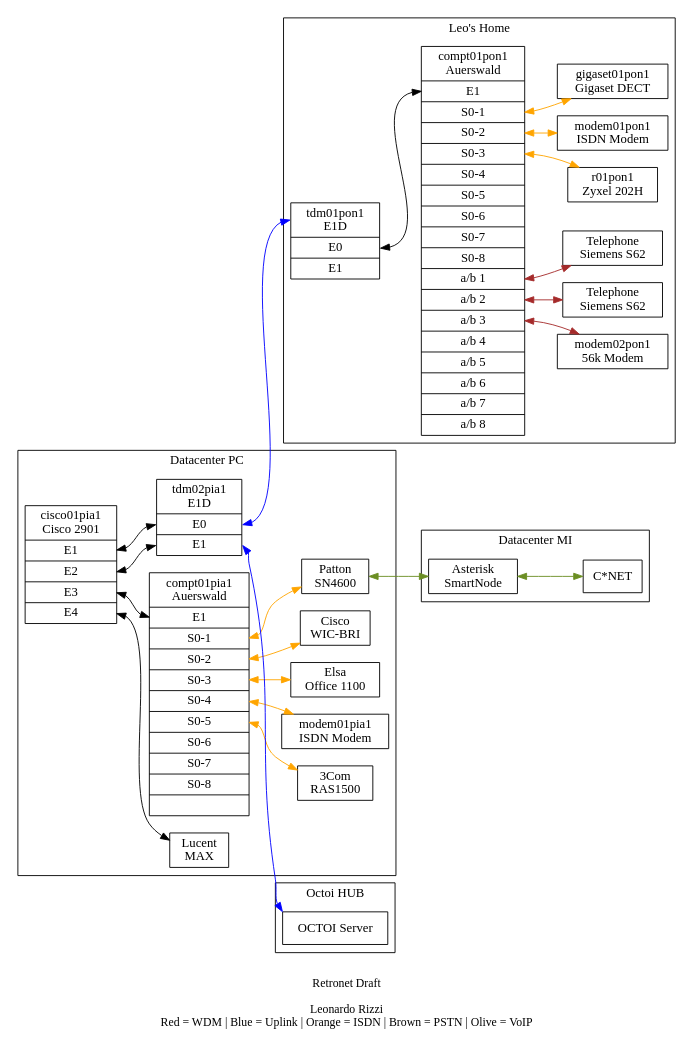
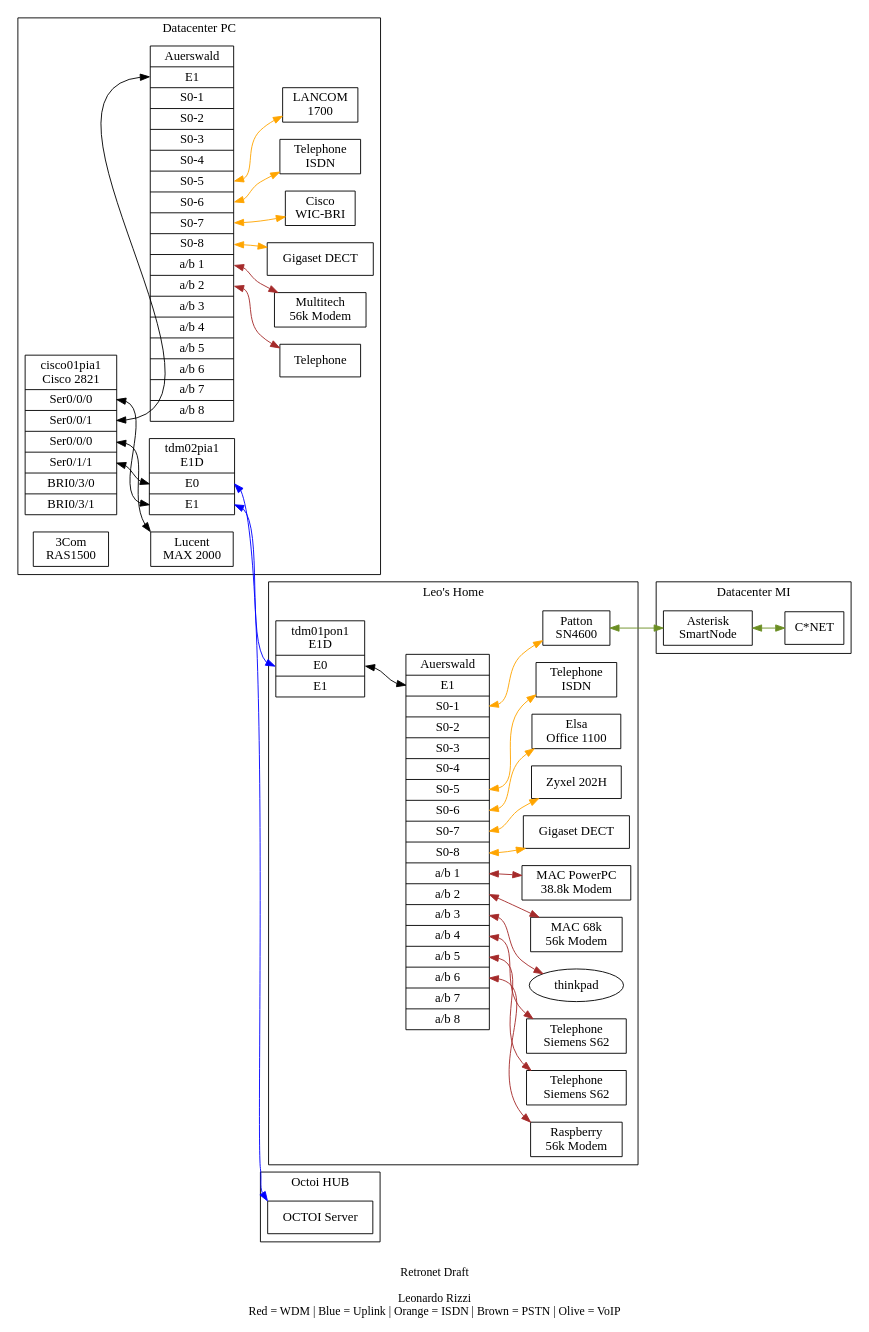
One commit to lrizzi/retronet changed the diagram in e1d.gv. Above: the diagram before and after it, drawn with Graphviz. The commit also changed 2 other files, not shown here.

```diff
--- a/e1d.gv
+++ b/e1d.gv
@@ -1,129 +1,149 @@
 graph TDM {
 //graph [nodesep=0.5, ranksep=0.5];
 //rankdir=RL;
 rankdir=LR;
 //clusterrank=none
 compound=true;
 edge [dir="both"]
 //concentrate=true
 
 subgraph cluster0 {
   label="Datacenter PC";
-  compt01pia1 [shape=record,label="<host>compt01pia1\nAuerswald|<e1>E1|<s01>S0-1|<s02>S0-2|<s03>S0-3|<s04>S0-4|<s05>S0-5|<s06>S0-6|<s07>S0-7|<s08>S0-8|"];
+  compt01pia1 [shape=record,label="<host>Auerswald|<e1>E1|<s01>S0-1|<s02>S0-2|<s03>S0-3|<s04>S0-4|<s05>S0-5|<s06>S0-6|<s07>S0-7|<s08>S0-8|<ab1>a/b 1|<ab2>a/b 2|<ab3>a/b 3|<ab4>a/b 4|<ab5>a/b 5|<ab6>a/b 6|<ab7>a/b 7|<ab8>a/b 8"];
   //tdm01pia1 [shape=record,label="<host>tdm01pia1\nPacketBand|<e1>E1"];
   tdm02pia1 [shape=record,label="<host>tdm02pia1\nE1D|<e0>E0|<e1>E1"];
 
-  cisco01pia1 [shape=record,label="<host>cisco01pia1\nCisco 2901|<e1>E1|<e2>E2|<e3>E3|<e4>E4"];
+  cisco01pia1 [shape=record,label="<host>cisco01pia1\nCisco 2821|<s000>Ser0/0/0|<s001>Ser0/0/1|<s010>Ser0/0/0|<s011>Ser0/1/1|<bri030>BRI0/3/0|<bri031>BRI0/3/1"];
 
   ras01pia1 [shape=record,label="<host>3Com\nRAS1500"]
-  ras02pia1 [shape=record,label="<host>Lucent\nMAX"]
+  max01pia1 [shape=record,label="<host>Lucent\nMAX 2000"]
 
   r01pia1 [shape=record,label="<host>Cisco\nWIC-BRI"]
-  r02pia1 [shape=record,label="<host>Elsa\nOffice 1100"]
-  modem01pia1 [shape=record,label="modem01pia1\nISDN Modem"];
-  patton01 [shape=record,label="<host>Patton\nSN4600"]
+  r02pia1 [shape=record,label="<host>LANCOM\n1700"]
+
+  modem01pia1 [shape=record,label="Multitech\n56k Modem"];
+
+  tel01pia1 [shape=record,label="Telephone"];
 
 
+  gigaset01pia1 [shape=record,label="Gigaset DECT"];
+
+  itel01pia1 [shape=record,label="Telephone\nISDN"];
 
   subgraph cluster_00 {
   label="External"
 //  Telnet [shape=record,label="<host>Telnet|<transit>Transit|<access>Access"];
 //  MinapF [shape=record,label="<host>Minap Telnet|<p01>Port 01|<p02> Port 02|<p03> Port 03"];
 }
 }
 
 subgraph cluster1 {
   label="Datacenter MI";
   //compt01mil1 [shape=record,label="<host>compt01mil1\nAuerswald|<e1>E1|<s01>S0-1|<s02>S0-2|<s03>S0-3|<s04>S0-4|<s05>S0-5|<s06>S0-6|<s07>S0-7|<s08>S0-8|"];
   //tdm01mil1 [shape=record,label="<host>tdm01mil1\nPacketBand|<e1>E1"];
   
   //r01mil1 [shape=record,label="<host>Cisco\nWIC-BRI"]
   //patton01mil1 [shape=record,label="<host>Patton\nSmartNode"]
   pbx02mil1 [shape=record,label="<host>Asterisk\nSmartNode"]
 
   cnet [shape=record,label="<host>C*NET"]
 
 
 
   // Service provider
   subgraph cluster_10 {
   label="External"
-//  Telnet [shape=record,label="<host>Telnet|<transit>Transit|<access>Access"];
-//  MinapF [shape=record,label="<host>Minap Telnet|<p01>Port 01|<p02> Port 02|<p03> Port 03"];
 }
 }
 
 subgraph cluster2 {
   label="Leo's Home";
-  compt01pon1 [shape=record,label="<host>compt01pon1\nAuerswald|<e1>E1|<s01>S0-1|<s02>S0-2|<s03>S0-3|<s04>S0-4|<s05>S0-5|<s06>S0-6|<s07>S0-7|<s08>S0-8|<ab1>a/b 1|<ab2>a/b 2|<ab3>a/b 3|<ab4>a/b 4|<ab5>a/b 5|<ab6>a/b 6|<ab7>a/b 7|<ab8>a/b 8"];
+  compt01pon1 [shape=record,label="<host>Auerswald|<e1>E1|<s01>S0-1|<s02>S0-2|<s03>S0-3|<s04>S0-4|<s05>S0-5|<s06>S0-6|<s07>S0-7|<s08>S0-8|<ab1>a/b 1|<ab2>a/b 2|<ab3>a/b 3|<ab4>a/b 4|<ab5>a/b 5|<ab6>a/b 6|<ab7>a/b 7|<ab8>a/b 8"];
   tdm01pon1 [shape=record,label="<host>tdm01pon1\nE1D|<e0>E0|<e1>E1"];
 
-  gigaset01pon1 [shape=record,label="gigaset01pon1\nGigaset DECT"];
-  modem01pon1 [shape=record,label="modem01pon1\nISDN Modem"];
-  r01pon1 [shape=record,label="r01pon1\nZyxel 202H"]
+  gigaset01pon1 [shape=record,label="Gigaset DECT"];
+  r02pon1 [shape=record,label="Zyxel 202H"]
+  r01pon1 [shape=record,label="Elsa\nOffice 1100"]
 
 
   tel01pon1 [shape=record,label="Telephone\nSiemens S62"];
   tel02pon1 [shape=record,label="Telephone\nSiemens S62"];
-  modem02pon1 [shape=record,label="modem02pon1\n56k Modem"];
 
+  itel01pon1 [shape=record,label="Telephone\nISDN"];
+  
+  modem01pon1 [shape=record,label="MAC PowerPC\n38.8k Modem"];
+  modem02pon1 [shape=record,label="MAC 68k\n56k Modem"];
+  modem03pon1 [shape=record,label="Raspberry\n56k Modem"];
+
+  patton01 [shape=record,label="<host>Patton\nSN4600"]
+
+  thinkpad
 
 
   // Service provider
   subgraph cluster_20 {
   label="External"
-//  Telnet [shape=record,label="<host>Telnet|<transit>Transit|<access>Access"];
-//  MinapF [shape=record,label="<host>Minap Telnet|<p01>Port 01|<p02> Port 02|<p03> Port 03"];
 }
 }
 
 subgraph cluster3 {
   label="Octoi HUB";
 
 
   octoihub [shape=record,label="OCTOI Server"];
 
 }
 
 
 //tdm01mil1:host -- tdm01pia1:host [color=blue]
-tdm02pia1:e0 -- tdm01pon1:host [color=blue]
-tdm02pia1:e1 -- octoihub:host [color=blue]
+tdm02pia1:e1 -- tdm01pon1:e0 [color=blue]
+tdm02pia1:e0 -- octoihub:host [color=blue]
 
 
 //PIA1
-cisco01pia1:e1 -- tdm02pia1:e0
-cisco01pia1:e2 -- tdm02pia1:e1
-cisco01pia1:e3 -- compt01pia1:e1
-cisco01pia1:e4 -- ras02pia1:e1
+cisco01pia1:s000 -- tdm02pia1:e1
+cisco01pia1:s001 -- compt01pia1:e1
+cisco01pia1:s010 -- max01pia1:e1
+cisco01pia1:s011 -- tdm02pia1:e0
 
-compt01pia1:s05 -- ras01pia1 [color=orange]
-compt01pia1:s02 -- r01pia1 [color=orange]
-compt01pia1:s03 -- r02pia1 [color=orange]
-compt01pia1:s04 -- modem01pia1 [color=orange]
 
-compt01pia1:s01 -- patton01 [color=orange]
+//compt01pia1:s01 -- patton01 [color=orange] temporary at PON1
 
+compt01pia1:s05 -- r02pia1 [color=orange]
+compt01pia1:s06 -- itel01pia1 [color=orange]
+compt01pia1:s07 -- r01pia1 [color=orange]
+compt01pia1:s08 -- gigaset01pia1 [color=orange]
+
+compt01pia1:ab1 -- modem01pia1 [color=brown]
+compt01pia1:ab2 -- tel01pia1 [color=brown]
 
 
 //MIL1
 //tdm01mil1:e1 -- compt01mil1:e1 
 //compt01mil1:s01 -- r01mil1 [color=orange]
 //compt01mil1:s02 -- patton01mil1 [color=orange]
 patton01 -- pbx02mil1 [color=olivedrab]
 pbx02mil1 -- cnet [color=olivedrab]
 
 //PON
 tdm01pon1:e0 -- compt01pon1:e1
-compt01pon1:s01 -- gigaset01pon1 [color=orange]
-compt01pon1:s02 -- modem01pon1 [color=orange]
-compt01pon1:s03 -- r01pon1 [color=orange]
-compt01pon1:ab1 -- tel01pon1 [color=brown]
-compt01pon1:ab2 -- tel02pon1 [color=brown]
-compt01pon1:ab3 -- modem02pon1 [color=brown]
+
+compt01pon1:s01 -- patton01 [color=orange]
+
+compt01pon1:s05 -- itel01pon1 [color=orange]
+compt01pon1:s06 -- r01pon1 [color=orange]
+compt01pon1:s07 -- r02pon1 [color=orange]
+compt01pon1:s08 -- gigaset01pon1 [color=orange]
+
+compt01pon1:ab1 -- modem01pon1 [color=brown]
+compt01pon1:ab2 -- modem02pon1 [color=brown]
+compt01pon1:ab3 -- thinkpad [color=brown]
+compt01pon1:ab4 -- tel01pon1 [color=brown]
+compt01pon1:ab5 -- tel02pon1 [color=brown]
+compt01pon1:ab6 -- modem03pon1 [color=brown]
 
 
 
 label = "\nRetronet Draft\n\nLeonardo Rizzi\nRed = WDM | Blue = Uplink | Orange = ISDN | Brown = PSTN | Olive = VoIP";
 fontsize=13;
 }
```
